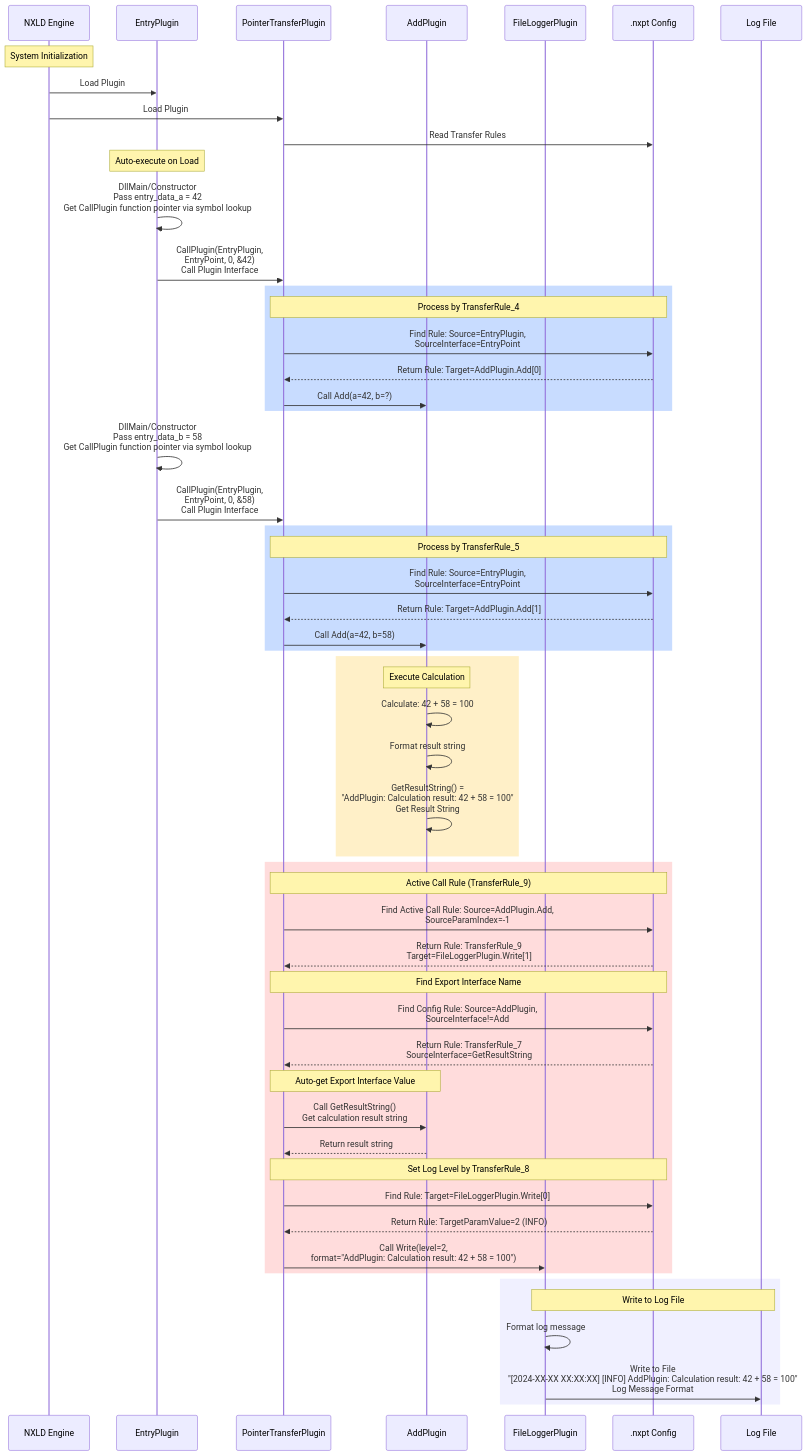
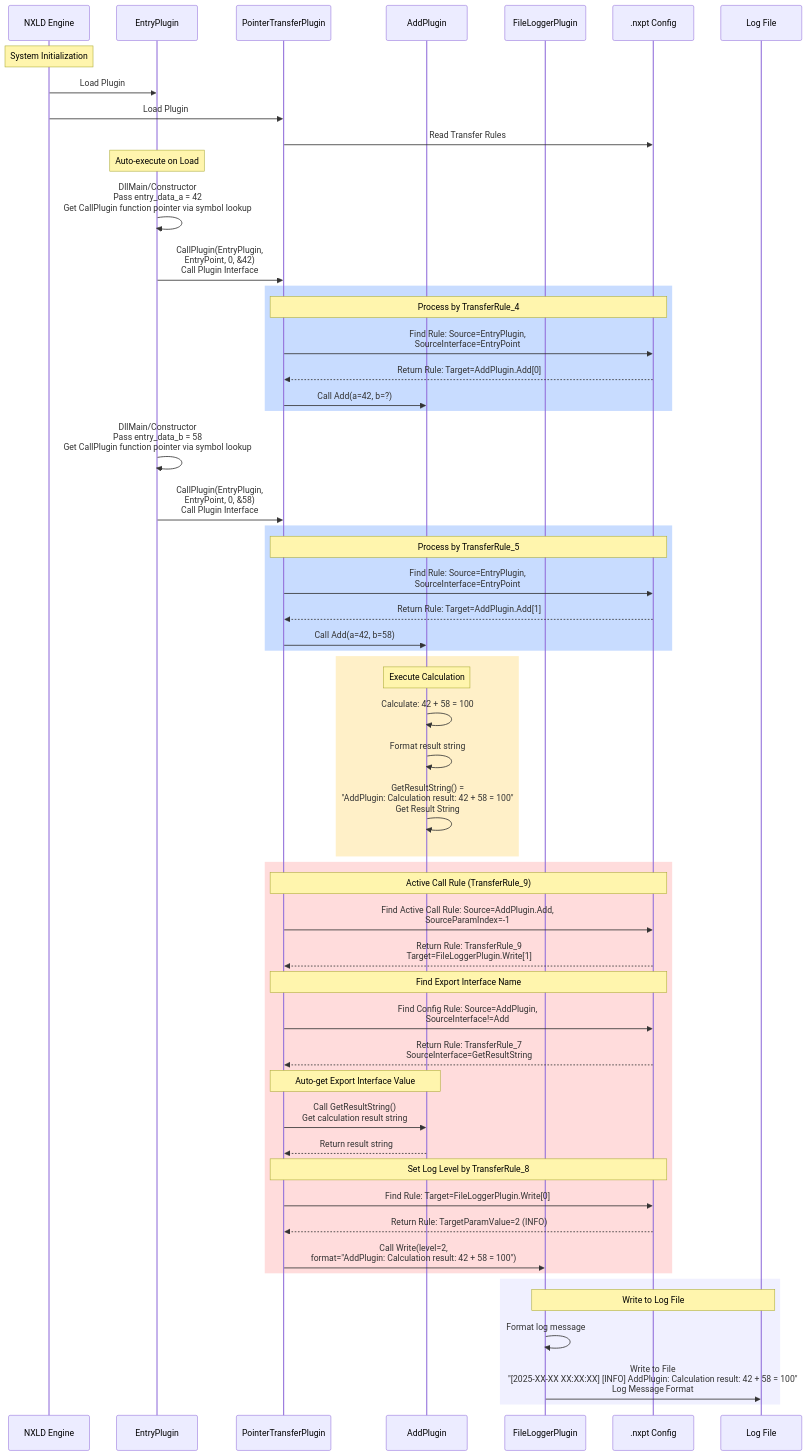
The first of 2 diagrams in README.md (Qhunliv13/Nexusexample), drawn with Mermaid before and after one commit.

````diff
--- a/README.md
+++ b/README.md
@@ -13,69 +13,69 @@
 ```mermaid
 sequenceDiagram
     participant Engine as NXLD Engine
     participant Entry as EntryPlugin
     participant PT as PointerTransferPlugin
     participant Add as AddPlugin
     participant Logger as FileLoggerPlugin
     participant Config as .nxpt Config
     participant File as Log File
 
     Note over Engine: System Initialization
     Engine->>Entry: Load Plugin
     Engine->>PT: Load Plugin
     PT->>Config: Read Transfer Rules
     
     Note over Entry: Auto-execute on Load
     Entry->>Entry: DllMain/Constructor<br/>Pass entry_data_a = 42<br/>Get CallPlugin function pointer via symbol lookup
     Entry->>PT: CallPlugin(EntryPlugin,<br/>EntryPoint, 0, &42)<br/>Call Plugin Interface
     
     rect rgb(200, 220, 255)
         Note over PT,Config: Process by TransferRule_4
         PT->>Config: Find Rule: Source=EntryPlugin,<br/>SourceInterface=EntryPoint
         Config-->>PT: Return Rule: Target=AddPlugin.Add[0]
         PT->>Add: Call Add(a=42, b=?)
     end
     
     Entry->>Entry: DllMain/Constructor<br/>Pass entry_data_b = 58<br/>Get CallPlugin function pointer via symbol lookup
     Entry->>PT: CallPlugin(EntryPlugin,<br/>EntryPoint, 0, &58)<br/>Call Plugin Interface
     
     rect rgb(200, 220, 255)
         Note over PT,Config: Process by TransferRule_5
         PT->>Config: Find Rule: Source=EntryPlugin,<br/>SourceInterface=EntryPoint
         Config-->>PT: Return Rule: Target=AddPlugin.Add[1]
         PT->>Add: Call Add(a=42, b=58)
     end
     
     rect rgb(255, 240, 200)
         Note over Add: Execute Calculation
         Add->>Add: Calculate: 42 + 58 = 100
         Add->>Add: Format result string
         Add->>Add: GetResultString() =<br/>"AddPlugin: Calculation result: 42 + 58 = 100"<br/>Get Result String
     end
     
     rect rgb(255, 220, 220)
         Note over PT,Config: Active Call Rule (TransferRule_9)
         PT->>Config: Find Active Call Rule: Source=AddPlugin.Add,<br/>SourceParamIndex=-1
         Config-->>PT: Return Rule: TransferRule_9<br/>Target=FileLoggerPlugin.Write[1]
         
         Note over PT,Config: Find Export Interface Name
         PT->>Config: Find Config Rule: Source=AddPlugin,<br/>SourceInterface!=Add
         Config-->>PT: Return Rule: TransferRule_7<br/>SourceInterface=GetResultString
         
         Note over PT,Add: Auto-get Export Interface Value
         PT->>Add: Call GetResultString()<br/>Get calculation result string
         Add-->>PT: Return result string
         
         Note over PT,Config: Set Log Level by TransferRule_8
         PT->>Config: Find Rule: Target=FileLoggerPlugin.Write[0]
         Config-->>PT: Return Rule: TargetParamValue=2 (INFO)
         
         PT->>Logger: Call Write(level=2,<br/>format="AddPlugin: Calculation result: 42 + 58 = 100")
     end
     
     rect rgb(240, 240, 255)
         Note over Logger,File: Write to Log File
         Logger->>Logger: Format log message
-        Logger->>File: Write to File<br/>"[2024-XX-XX XX:XX:XX] [INFO] AddPlugin: Calculation result: 42 + 58 = 100"<br/>Log Message Format
+        Logger->>File: Write to File<br/>"[2025-XX-XX XX:XX:XX] [INFO] AddPlugin: Calculation result: 42 + 58 = 100"<br/>Log Message Format
     end
 ```
````
